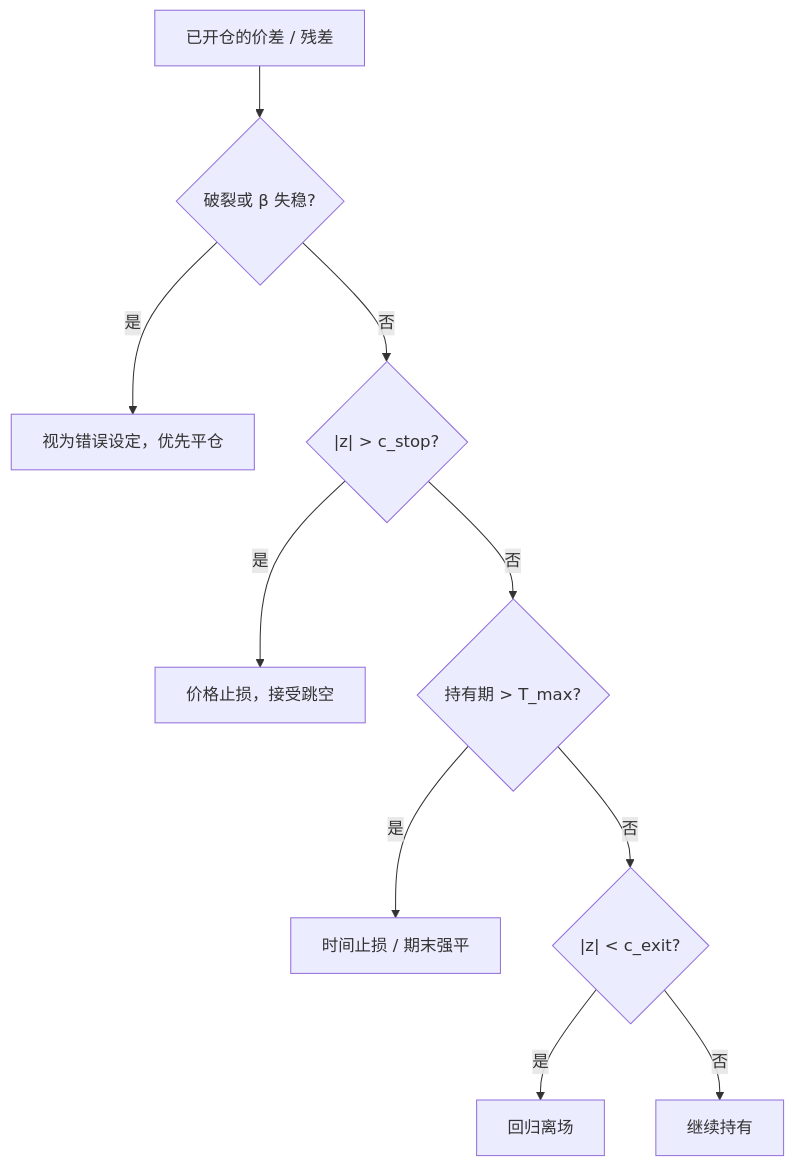
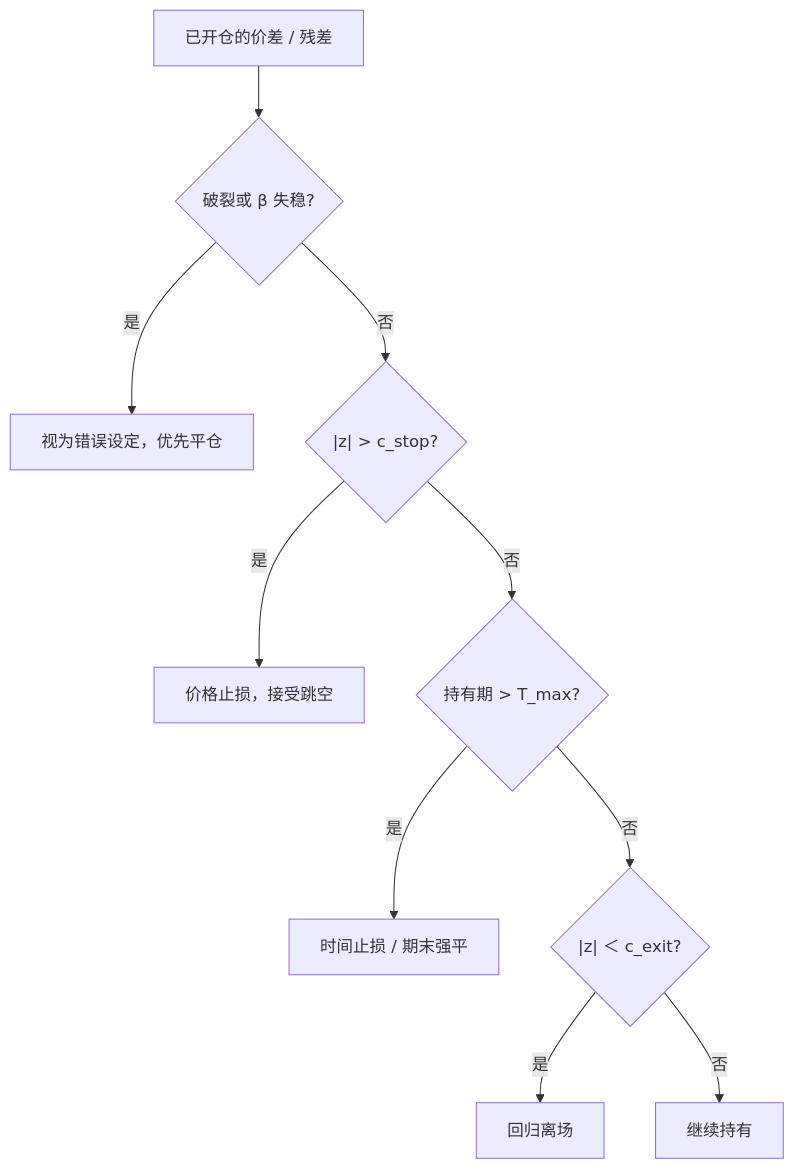
One commit to xhongduo-tech/xhongduo-tech.github.io changed the diagram in docs/quant/statarb-stops.md. Above: the diagram before and after it, drawn with Mermaid. The commit also changed other lines of this file and 772 other files, not shown here.

````diff
--- a/docs/quant/statarb-stops.md
+++ b/docs/quant/statarb-stops.md
@@ -58,12 +58,12 @@
 ```mermaid
 flowchart TD
   OPEN["已开仓的价差 / 残差"] --> CHK{"破裂或 β 失稳?"}
   CHK -->|是| FLAT["视为错误设定，优先平仓"]
   CHK -->|否| ZS{"|z| > c_stop?"}
   ZS -->|是| PS["价格止损，接受跳空"]
   ZS -->|否| TM{"持有期 > T_max?"}
   TM -->|是| TS["时间止损 / 期末强平"]
-  TM -->|否| EX{"|z| < c_exit?"}
+  TM -->|否| EX{"|z| ＜ c_exit?"}
   EX -->|是| TP["回归离场"]
   EX -->|否| HOLD["继续持有"]
 ```
````
